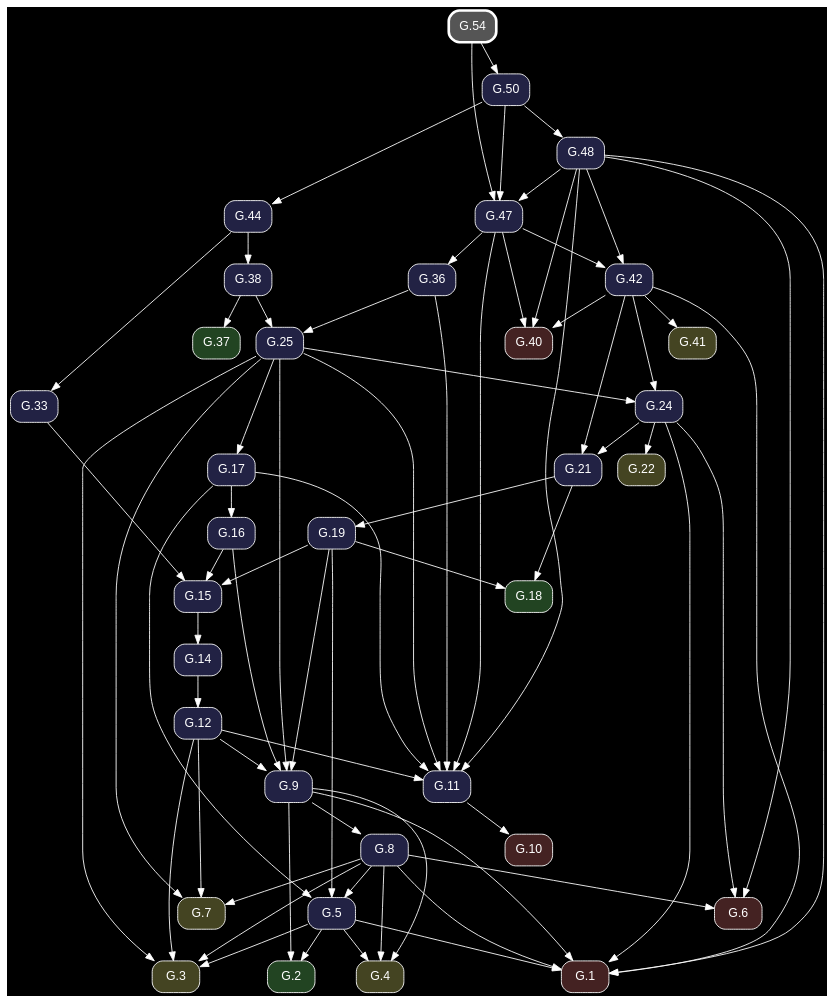
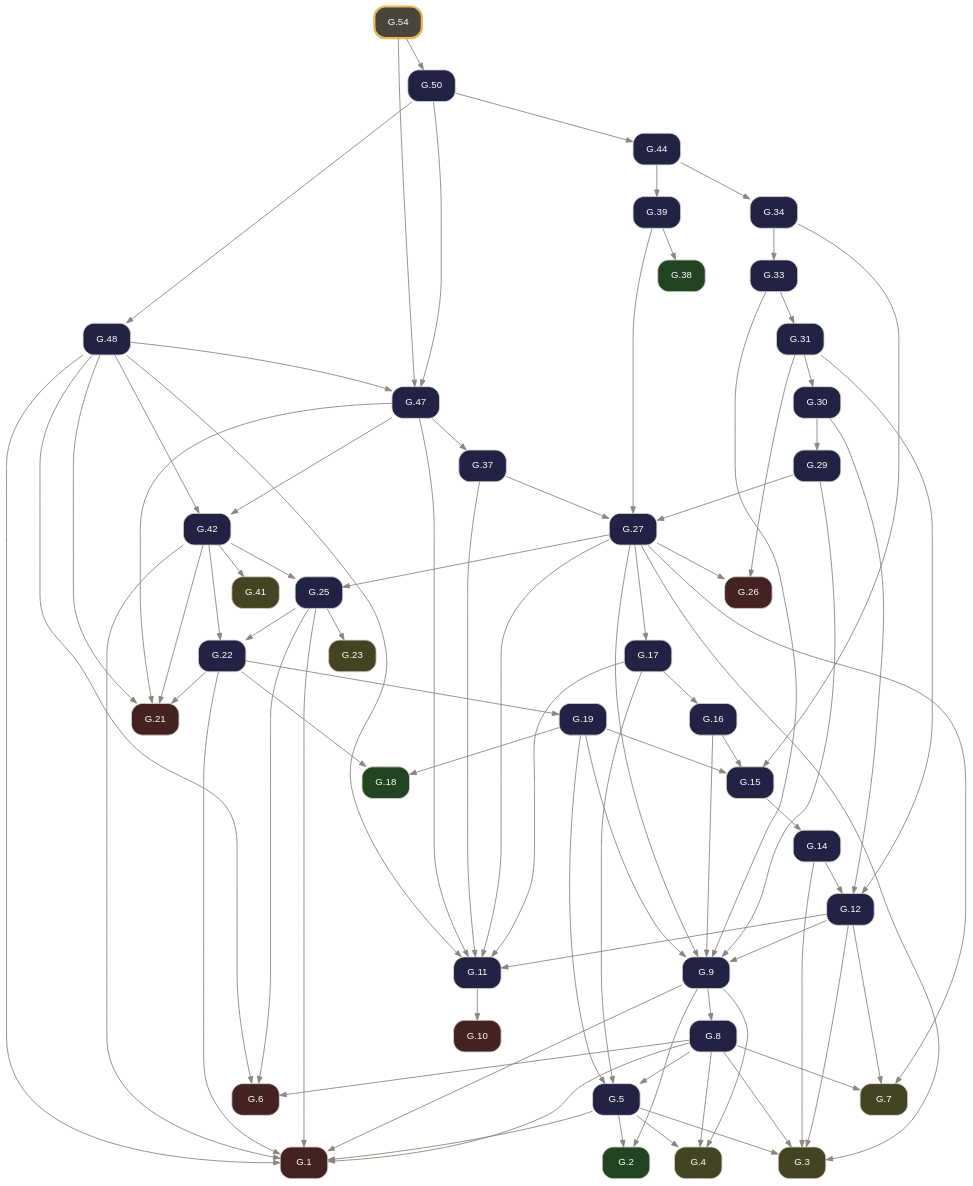
The diagram in docsrc/elements2/G.54/index.rst (geometor/elements), drawn with Graphviz before and after one commit. The commit also changed other lines of this file and 261 other files, not shown here.

Commit message:
feat: rebuild Elements 2.0 G-Index pipeline from composed Euclid Heath edition (v0.3.0)

```diff
--- a/docsrc/elements2/G.54/index.rst
+++ b/docsrc/elements2/G.54/index.rst
@@ -40,111 +53,130 @@
 .. graphviz::
 
    digraph {
-     bgcolor="black";
-     node [shape=box, style="rounded,filled", fontname="Helvetica", color="white", fontcolor="white"];
-     edge [color="white", fontcolor="white"];
+     bgcolor="transparent";
+     node [shape=box, style="rounded,filled", fontname="Helvetica", fontsize=11, color="#d6d3cd", fontcolor="#ffffff"];
+     edge [color="#8c857b", fontcolor="#8c857b", arrowsize=0.75];
      rankdir="TB";
-     "G.50" [label="G.50", fillcolor="#222244", URL="/elements2/G.50/", target="_top"];
-     "G.19" [label="G.19", fillcolor="#222244", URL="/elements2/G.19/", target="_top"];
-     "G.21" [label="G.21", fillcolor="#222244", URL="/elements2/G.21/", target="_top"];
-     "G.24" [label="G.24", fillcolor="#222244", URL="/elements2/G.24/", target="_top"];
-     "G.10" [label="G.10", fillcolor="#442222", URL="/elements2/G.10/", target="_top"];
-     "G.42" [label="G.42", fillcolor="#222244", URL="/elements2/G.42/", target="_top"];
-     "G.17" [label="G.17", fillcolor="#222244", URL="/elements2/G.17/", target="_top"];
-     "G.3" [label="G.3", fillcolor="#444422", URL="/elements2/G.3/", target="_top"];
-     "G.15" [label="G.15", fillcolor="#222244", URL="/elements2/G.15/", target="_top"];
-     "G.5" [label="G.5", fillcolor="#222244", URL="/elements2/G.5/", target="_top"];
-     "G.1" [label="G.1", fillcolor="#442222", URL="/elements2/G.1/", target="_top"];
-     "G.2" [label="G.2", fillcolor="#224422", URL="/elements2/G.2/", target="_top"];
-     "G.12" [label="G.12", fillcolor="#222244", URL="/elements2/G.12/", target="_top"];
-     "G.22" [label="G.22", fillcolor="#444422", URL="/elements2/G.22/", target="_top"];
-     "G.54" [label="G.54", penwidth=3, color="white", fillcolor="#555555", URL="/elements2/G.54/", target="_top"];
-     "G.8" [label="G.8", fillcolor="#222244", URL="/elements2/G.8/", target="_top"];
-     "G.25" [label="G.25", fillcolor="#222244", URL="/elements2/G.25/", target="_top"];
-     "G.18" [label="G.18", fillcolor="#224422", URL="/elements2/G.18/", target="_top"];
-     "G.40" [label="G.40", fillcolor="#442222", URL="/elements2/G.40/", target="_top"];
-     "G.4" [label="G.4", fillcolor="#444422", URL="/elements2/G.4/", target="_top"];
-     "G.16" [label="G.16", fillcolor="#222244", URL="/elements2/G.16/", target="_top"];
-     "G.6" [label="G.6", fillcolor="#442222", URL="/elements2/G.6/", target="_top"];
-     "G.38" [label="G.38", fillcolor="#222244", URL="/elements2/G.38/", target="_top"];
-     "G.48" [label="G.48", fillcolor="#222244", URL="/elements2/G.48/", target="_top"];
-     "G.7" [label="G.7", fillcolor="#444422", URL="/elements2/G.7/", target="_top"];
-     "G.41" [label="G.41", fillcolor="#444422", URL="/elements2/G.41/", target="_top"];
-     "G.14" [label="G.14", fillcolor="#222244", URL="/elements2/G.14/", target="_top"];
-     "G.36" [label="G.36", fillcolor="#222244", URL="/elements2/G.36/", target="_top"];
-     "G.9" [label="G.9", fillcolor="#222244", URL="/elements2/G.9/", target="_top"];
-     "G.37" [label="G.37", fillcolor="#224422", URL="/elements2/G.37/", target="_top"];
-     "G.11" [label="G.11", fillcolor="#222244", URL="/elements2/G.11/", target="_top"];
-     "G.44" [label="G.44", fillcolor="#222244", URL="/elements2/G.44/", target="_top"];
-     "G.33" [label="G.33", fillcolor="#222244", URL="/elements2/G.33/", target="_top"];
-     "G.47" [label="G.47", fillcolor="#222244", URL="/elements2/G.47/", target="_top"];
-     "G.54" -> "G.50";
-     "G.21" -> "G.19";
-     "G.24" -> "G.21";
-     "G.42" -> "G.21";
-     "G.25" -> "G.24";
-     "G.42" -> "G.24";
-     "G.11" -> "G.10";
-     "G.47" -> "G.42";
-     "G.48" -> "G.42";
-     "G.25" -> "G.17";
+     "G.1" [label="G.1", tooltip="G.1 (I.cn.1)", fillcolor="#442222", URL="../G.1/index.html", target="_top"];
+     "G.2" [label="G.2", tooltip="G.2 (I.def.15)", fillcolor="#224422", URL="../G.2/index.html", target="_top"];
+     "G.3" [label="G.3", tooltip="G.3 (I.post.1)", fillcolor="#444422", URL="../G.3/index.html", target="_top"];
+     "G.4" [label="G.4", tooltip="G.4 (I.post.3)", fillcolor="#444422", URL="../G.4/index.html", target="_top"];
+     "G.5" [label="G.5", tooltip="G.5 (I.1)", fillcolor="#222244", URL="../G.5/index.html", target="_top"];
+     "G.6" [label="G.6", tooltip="G.6 (I.cn.3)", fillcolor="#442222", URL="../G.6/index.html", target="_top"];
+     "G.7" [label="G.7", tooltip="G.7 (I.post.2)", fillcolor="#444422", URL="../G.7/index.html", target="_top"];
+     "G.8" [label="G.8", tooltip="G.8 (I.2)", fillcolor="#222244", URL="../G.8/index.html", target="_top"];
+     "G.9" [label="G.9", tooltip="G.9 (I.3)", fillcolor="#222244", URL="../G.9/index.html", target="_top"];
+     "G.10" [label="G.10", tooltip="G.10 (I.cn.4)", fillcolor="#442222", URL="../G.10/index.html", target="_top"];
+     "G.11" [label="G.11", tooltip="G.11 (I.4)", fillcolor="#222244", URL="../G.11/index.html", target="_top"];
+     "G.12" [label="G.12", tooltip="G.12 (I.5)", fillcolor="#222244", URL="../G.12/index.html", target="_top"];
+     "G.14" [label="G.14", tooltip="G.14 (I.7)", fillcolor="#222244", URL="../G.14/index.html", target="_top"];
+     "G.15" [label="G.15", tooltip="G.15 (I.8)", fillcolor="#222244", URL="../G.15/index.html", target="_top"];
+     "G.16" [label="G.16", tooltip="G.16 (I.9)", fillcolor="#222244", URL="../G.16/index.html", target="_top"];
+     "G.17" [label="G.17", tooltip="G.17 (I.10)", fillcolor="#222244", URL="../G.17/index.html", target="_top"];
+     "G.18" [label="G.18", tooltip="G.18 (I.def.10)", fillcolor="#224422", URL="../G.18/index.html", target="_top"];
+     "G.19" [label="G.19", tooltip="G.19 (I.11)", fillcolor="#222244", URL="../G.19/index.html", target="_top"];
+     "G.21" [label="G.21", tooltip="G.21 (I.cn.2)", fillcolor="#442222", URL="../G.21/index.html", target="_top"];
+     "G.22" [label="G.22", tooltip="G.22 (I.13)", fillcolor="#222244", URL="../G.22/index.html", target="_top"];
+     "G.23" [label="G.23", tooltip="G.23 (I.post.4)", fillcolor="#444422", URL="../G.23/index.html", target="_top"];
+     "G.25" [label="G.25", tooltip="G.25 (I.15)", fillcolor="#222244", URL="../G.25/index.html", target="_top"];
+     "G.26" [label="G.26", tooltip="G.26 (I.cn.5)", fillcolor="#442222", URL="../G.26/index.html", target="_top"];
+     "G.27" [label="G.27", tooltip="G.27 (I.16)", fillcolor="#222244", URL="../G.27/index.html", target="_top"];
+     "G.29" [label="G.29", tooltip="G.29 (I.18)", fillcolor="#222244", URL="../G.29/index.html", target="_top"];
+     "G.30" [label="G.30", tooltip="G.30 (I.19)", fillcolor="#222244", URL="../G.30/index.html", target="_top"];
+     "G.31" [label="G.31", tooltip="G.31 (I.20)", fillcolor="#222244", URL="../G.31/index.html", target="_top"];
+     "G.33" [label="G.33", tooltip="G.33 (I.22)", fillcolor="#222244", URL="../G.33/index.html", target="_top"];
+     "G.34" [label="G.34", tooltip="G.34 (I.23)", fillcolor="#222244", URL="../G.34/index.html", target="_top"];
+     "G.37" [label="G.37", tooltip="G.37 (I.26)", fillcolor="#222244", URL="../G.37/index.html", target="_top"];
+     "G.38" [label="G.38", tooltip="G.38 (I.def.23)", fillcolor="#224422", URL="../G.38/index.html", target="_top"];
+     "G.39" [label="G.39", tooltip="G.39 (I.27)", fillcolor="#222244", URL="../G.39/index.html", target="_top"];
+     "G.41" [label="G.41", tooltip="G.41 (I.post.5)", fillcolor="#444422", URL="../G.41/index.html", target="_top"];
+     "G.42" [label="G.42", tooltip="G.42 (I.29)", fillcolor="#222244", URL="../G.42/index.html", target="_top"];
+     "G.44" [label="G.44", tooltip="G.44 (I.31)", fillcolor="#222244", URL="../G.44/index.html", target="_top"];
+     "G.47" [label="G.47", tooltip="G.47 (I.34)", fillcolor="#222244", URL="../G.47/index.html", target="_top"];
+     "G.48" [label="G.48", tooltip="G.48 (I.35)", fillcolor="#222244", URL="../G.48/index.html", target="_top"];
+     "G.50" [label="G.50", tooltip="G.50 (I.37)", fillcolor="#222244", URL="../G.50/index.html", target="_top"];
+     "G.54" [label="G.54", tooltip="G.54 (I.41)", penwidth=2.5, color="#e8b85a", fillcolor="#4a453b", URL="index.html", target="_top"];
+     "G.5" -> "G.1";
+     "G.8" -> "G.1";
+     "G.9" -> "G.1";
+     "G.22" -> "G.1";
+     "G.25" -> "G.1";
+     "G.42" -> "G.1";
+     "G.48" -> "G.1";
+     "G.5" -> "G.2";
+     "G.9" -> "G.2";
      "G.5" -> "G.3";
-     "G.25" -> "G.3";
      "G.8" -> "G.3";
      "G.12" -> "G.3";
-     "G.19" -> "G.15";
-     "G.16" -> "G.15";
-     "G.33" -> "G.15";
-     "G.19" -> "G.5";
-     "G.8" -> "G.5";
-     "G.17" -> "G.5";
-     "G.5" -> "G.1";
-     "G.24" -> "G.1";
-     "G.48" -> "G.1";
-     "G.8" -> "G.1";
-     "G.42" -> "G.1";
-     "G.9" -> "G.1";
-     "G.5" -> "G.2";
-     "G.9" -> "G.2";
-     "G.14" -> "G.12";
-     "G.24" -> "G.22";
-     "G.9" -> "G.8";
-     "G.36" -> "G.25";
-     "G.38" -> "G.25";
-     "G.19" -> "G.18";
-     "G.21" -> "G.18";
-     "G.47" -> "G.40";
-     "G.48" -> "G.40";
-     "G.42" -> "G.40";
+     "G.14" -> "G.3";
+     "G.27" -> "G.3";
      "G.5" -> "G.4";
      "G.8" -> "G.4";
      "G.9" -> "G.4";
-     "G.17" -> "G.16";
-     "G.24" -> "G.6";
+     "G.8" -> "G.5";
+     "G.17" -> "G.5";
+     "G.19" -> "G.5";
+     "G.8" -> "G.6";
+     "G.25" -> "G.6";
      "G.48" -> "G.6";
-     "G.8" -> "G.6";
-     "G.44" -> "G.38";
-     "G.50" -> "G.48";
-     "G.25" -> "G.7";
      "G.8" -> "G.7";
      "G.12" -> "G.7";
-     "G.42" -> "G.41";
-     "G.15" -> "G.14";
-     "G.47" -> "G.36";
+     "G.27" -> "G.7";
+     "G.9" -> "G.8";
+     "G.12" -> "G.9";
+     "G.16" -> "G.9";
      "G.19" -> "G.9";
-     "G.25" -> "G.9";
-     "G.16" -> "G.9";
-     "G.12" -> "G.9";
-     "G.38" -> "G.37";
-     "G.36" -> "G.11";
+     "G.27" -> "G.9";
+     "G.29" -> "G.9";
+     "G.33" -> "G.9";
+     "G.11" -> "G.10";
+     "G.12" -> "G.11";
+     "G.17" -> "G.11";
+     "G.27" -> "G.11";
+     "G.37" -> "G.11";
      "G.47" -> "G.11";
      "G.48" -> "G.11";
-     "G.25" -> "G.11";
-     "G.17" -> "G.11";
-     "G.12" -> "G.11";
+     "G.14" -> "G.12";
+     "G.30" -> "G.12";
+     "G.31" -> "G.12";
+     "G.15" -> "G.14";
+     "G.16" -> "G.15";
+     "G.19" -> "G.15";
+     "G.34" -> "G.15";
+     "G.17" -> "G.16";
+     "G.27" -> "G.17";
+     "G.19" -> "G.18";
+     "G.22" -> "G.18";
+     "G.22" -> "G.19";
+     "G.22" -> "G.21";
+     "G.42" -> "G.21";
+     "G.47" -> "G.21";
+     "G.48" -> "G.21";
+     "G.25" -> "G.22";
+     "G.42" -> "G.22";
+     "G.25" -> "G.23";
+     "G.27" -> "G.25";
+     "G.42" -> "G.25";
+     "G.27" -> "G.26";
+     "G.31" -> "G.26";
+     "G.29" -> "G.27";
+     "G.37" -> "G.27";
+     "G.39" -> "G.27";
+     "G.30" -> "G.29";
+     "G.31" -> "G.30";
+     "G.33" -> "G.31";
+     "G.34" -> "G.33";
+     "G.44" -> "G.34";
+     "G.47" -> "G.37";
+     "G.39" -> "G.38";
+     "G.44" -> "G.39";
+     "G.42" -> "G.41";
+     "G.47" -> "G.42";
+     "G.48" -> "G.42";
      "G.50" -> "G.44";
-     "G.44" -> "G.33";
-     "G.54" -> "G.47";
      "G.48" -> "G.47";
      "G.50" -> "G.47";
+     "G.54" -> "G.47";
+     "G.50" -> "G.48";
+     "G.54" -> "G.50";
    }
```
